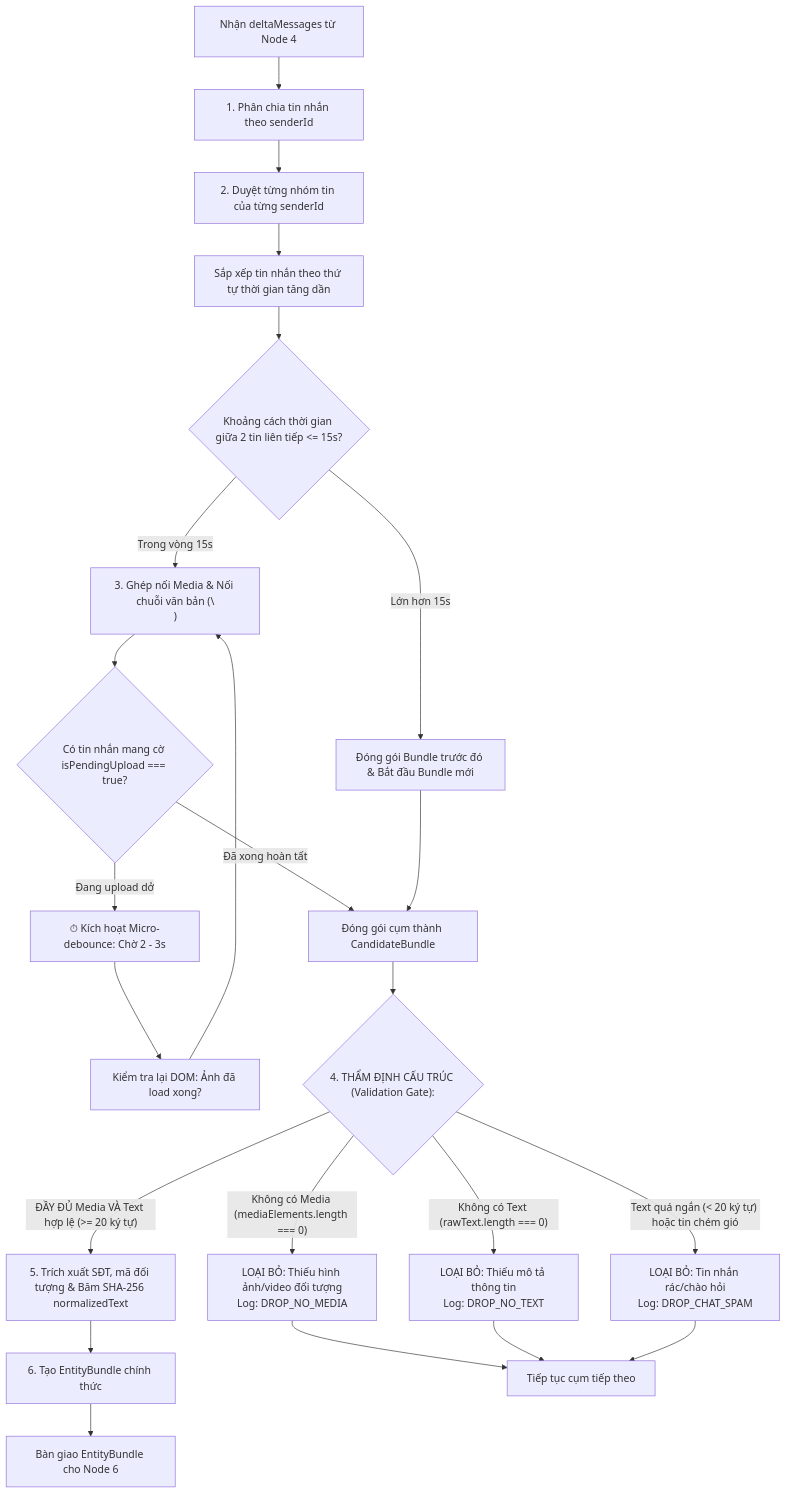
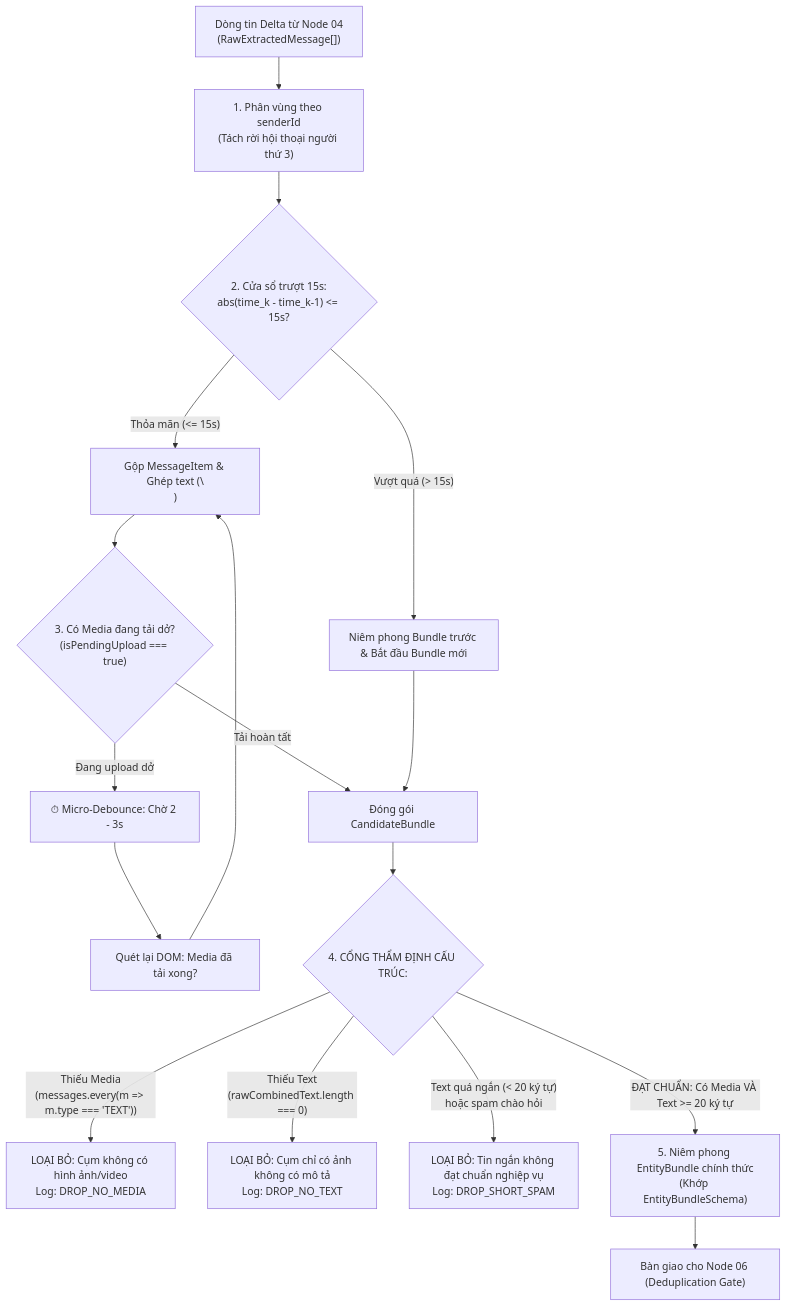
One commit to vuthuonghai-steve/auto-rep-zalo changed the first of 2 diagrams in Docs/Start-node/05_bundle_aggregator_node.md. Above: the diagram before and after it, drawn with Mermaid. The commit also changed other lines of this file and 10 other files, not shown here.

Commit message:
docs(start-node): standardize 10-node SDD specs with AI-first baseline and portable relative links

````diff
--- a/Docs/Start-node/05_bundle_aggregator_node.md
+++ b/Docs/Start-node/05_bundle_aggregator_node.md
@@ -92,35 +87,26 @@
 ```mermaid
 flowchart TD
-    Start["Nhận deltaMessages từ Node 4"] --> GroupSender["1. Phân chia tin nhắn theo senderId"]
+    RawStream["Dòng tin Delta từ Node 04\n(RawExtractedMessage[])"] --> PartitionSender["1. Phân vùng theo senderId\n(Tách rời hội thoại người thứ 3)"]
     
-    GroupSender --> LoopSender["2. Duyệt từng nhóm tin của từng senderId"]
-    LoopSender --> SortTime["Sắp xếp tin nhắn theo thứ tự thời gian tăng dần"]
+    PartitionSender --> SlidingCheck{"2. Cửa sổ trượt 15s:\nabs(time_k - time_k-1) <= 15s?"}
     
-    SortTime --> TimeWindowCheck{"Khoảng cách thời gian giữa 2 tin liên tiếp <= 15s?"}
+    SlidingCheck -- "Thỏa mãn (<= 15s)" --> MergeItems["Gộp MessageItem & Ghép text (\\n)"]
+    SlidingCheck -- "Vượt quá (> 15s)" --> SealPrev["Niêm phong Bundle trước & Bắt đầu Bundle mới"]
     
-    TimeWindowCheck -- "Trong vòng 15s" --> MergeItems["3. Ghép nối Media & Nối chuỗi văn bản (\\n)"]
-    TimeWindowCheck -- "Lớn hơn 15s" --> ClosePrevBundle["Đóng gói Bundle trước đó & Bắt đầu Bundle mới"]
+    MergeItems --> CheckPending{"3. Có Media đang tải dở?\n(isPendingUpload === true)"}
+    CheckPending -- "Đang upload dở" --> DebounceWait["⏱ Micro-Debounce: Chờ 2 - 3s"]
+    DebounceWait --> ReCheckDOM["Quét lại DOM: Media đã tải xong?"]
+    ReCheckDOM --> MergeItems
     
-    MergeItems --> CheckPending{"Có tin nhắn mang cờ isPendingUpload === true?"}
-    CheckPending -- "Đang upload dở" --> WaitDebounce["⏱ Kích hoạt Micro-debounce: Chờ 2 - 3s"]
-    WaitDebounce --> RequeryMedia["Kiểm tra lại DOM: Ảnh đã load xong?"]
-    RequeryMedia --> MergeItems
+    CheckPending -- "Tải hoàn tất" --> CandidateBundle["Đóng gói CandidateBundle"]
+    SealPrev --> CandidateBundle
     
-    CheckPending -- "Đã xong hoàn tất" --> SealCurrent["Đóng gói cụm thành CandidateBundle"]
-    ClosePrevBundle --> SealCurrent
+    CandidateBundle --> StructValidate{"4. CỔNG THẨM ĐỊNH CẤU TRÚC:"}
     
-    SealCurrent --> ValidateStructure{"4. THẨM ĐỊNH CẤU TRÚC (Validation Gate):"}
+    StructValidate -- "Thiếu Media\n(messages.every(m => m.type === 'TEXT'))" --> DropNoMedia["LOẠI BỎ: Cụm không có hình ảnh/video\nLog: DROP_NO_MEDIA"]
+    StructValidate -- "Thiếu Text\n(rawCombinedText.length === 0)" --> DropNoText["LOẠI BỎ: Cụm chỉ có ảnh không có mô tả\nLog: DROP_NO_TEXT"]
+    StructValidate -- "Text quá ngắn (< 20 ký tự)\nhoặc spam chào hỏi" --> DropSpam["LOẠI BỎ: Tin ngắn không đạt chuẩn nghiệp vụ\nLog: DROP_SHORT_SPAM"]
     
-    ValidateStructure -- "Không có Media (mediaElements.length === 0)" --> DropNoMedia["LOẠI BỎ: Thiếu hình ảnh/video đối tượng\nLog: DROP_NO_MEDIA"]
-    ValidateStructure -- "Không có Text (rawText.length === 0)" --> DropNoText["LOẠI BỎ: Thiếu mô tả thông tin\nLog: DROP_NO_TEXT"]
-    ValidateStructure -- "Text quá ngắn (< 20 ký tự) hoặc tin chém gió" --> DropSpam["LOẠI BỎ: Tin nhắn rác/chào hỏi\nLog: DROP_CHAT_SPAM"]
-    
-    ValidateStructure -- "ĐẦY ĐỦ Media VÀ Text hợp lệ (>= 20 ký tự)" --> ExtractData["5. Trích xuất SĐT, mã đối tượng & Băm SHA-256 normalizedText"]
-    
-    ExtractData --> ProduceBundle["6. Tạo EntityBundle chính thức"]
-    ProduceBundle --> EmitToNode6["Bàn giao EntityBundle cho Node 6"]
-    
-    DropNoMedia --> NextCandidate["Tiếp tục cụm tiếp theo"]
-    DropNoText --> NextCandidate
-    DropSpam --> NextCandidate
+    StructValidate -- "ĐẠT CHUẨN: Có Media VÀ Text >= 20 ký tự" --> SealEntityBundle["5. Niêm phong EntityBundle chính thức\n(Khớp EntityBundleSchema)"]
+    SealEntityBundle --> EmitNode06["Bàn giao cho Node 06 (Deduplication Gate)"]
 ```
````
